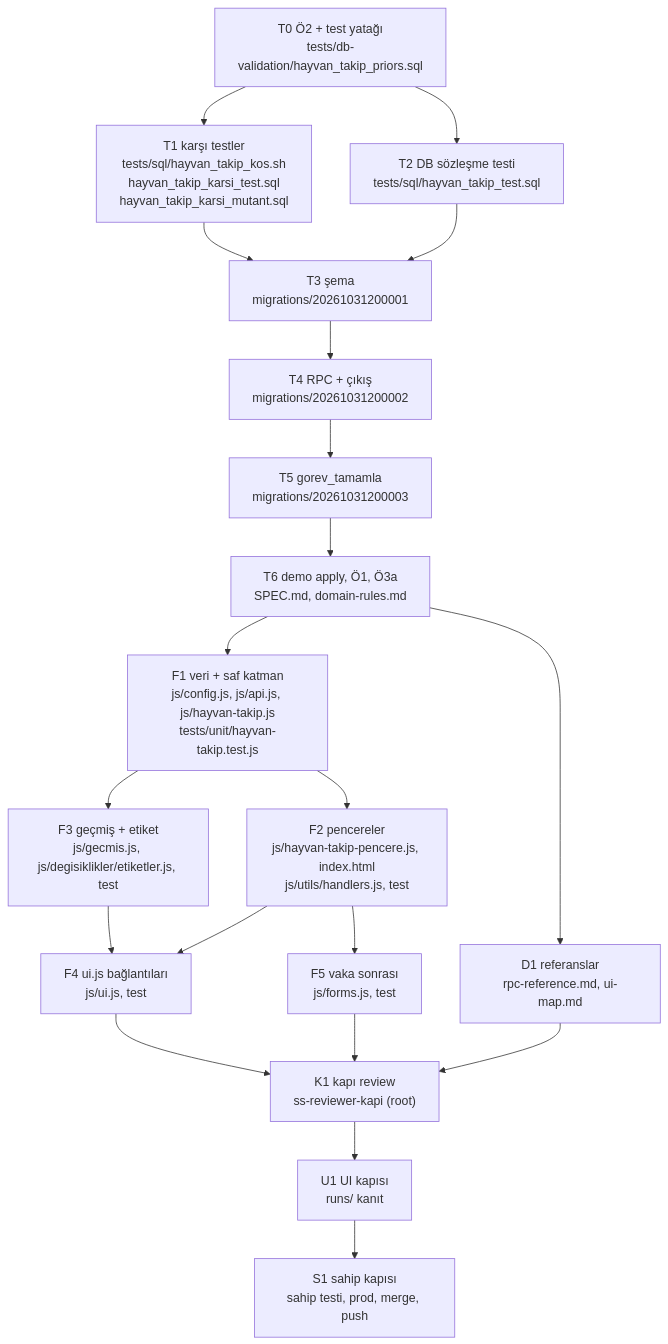
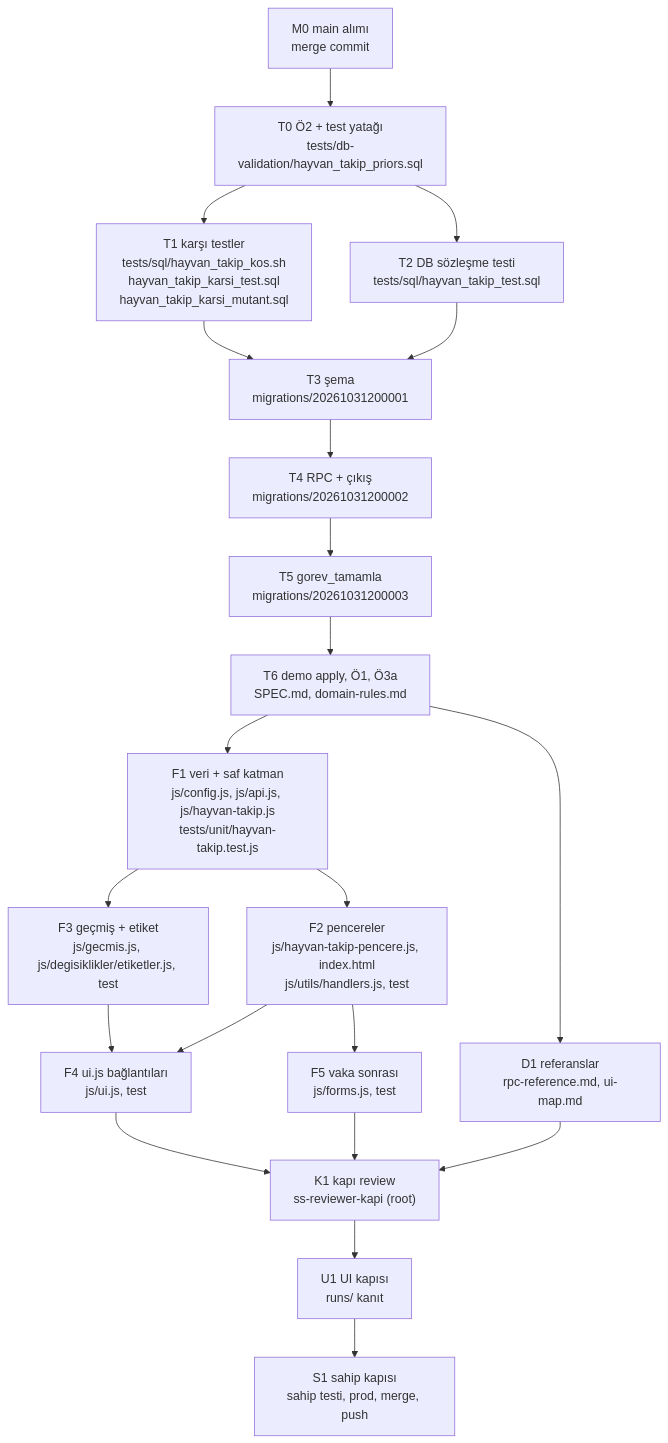
The first of 2 diagrams in docs/plans/2026-10-31-hayvan-takip-PLAN.md (Meliksahtokur/egesut-erp1), drawn with Mermaid before and after one commit. The commit also changed other lines of this file and 1 other file, not shown here.

````diff
--- a/docs/plans/2026-10-31-hayvan-takip-PLAN.md
+++ b/docs/plans/2026-10-31-hayvan-takip-PLAN.md
@@ -73,27 +73,29 @@
 ```mermaid
 flowchart TD
+  M0["M0 main alımı<br/>merge commit"]
   T0["T0 Ö2 + test yatağı<br/>tests/db-validation/hayvan_takip_priors.sql"]
   T1["T1 karşı testler<br/>tests/sql/hayvan_takip_kos.sh<br/>hayvan_takip_karsi_test.sql<br/>hayvan_takip_karsi_mutant.sql"]
   T2["T2 DB sözleşme testi<br/>tests/sql/hayvan_takip_test.sql"]
   T3["T3 şema<br/>migrations/20261031200001"]
   T4["T4 RPC + çıkış<br/>migrations/20261031200002"]
   T5["T5 gorev_tamamla<br/>migrations/20261031200003"]
   T6["T6 demo apply, Ö1, Ö3a<br/>SPEC.md, domain-rules.md"]
   F1["F1 veri + saf katman<br/>js/config.js, js/api.js, js/hayvan-takip.js<br/>tests/unit/hayvan-takip.test.js"]
   F2["F2 pencereler<br/>js/hayvan-takip-pencere.js, index.html<br/>js/utils/handlers.js, test"]
   F3["F3 geçmiş + etiket<br/>js/gecmis.js, js/degisiklikler/etiketler.js, test"]
   F4["F4 ui.js bağlantıları<br/>js/ui.js, test"]
   F5["F5 vaka sonrası<br/>js/forms.js, test"]
   D1["D1 referanslar<br/>rpc-reference.md, ui-map.md"]
   K1["K1 kapı review<br/>ss-reviewer-kapi (root)"]
   U1["U1 UI kapısı<br/>runs/ kanıt"]
   S1["S1 sahip kapısı<br/>sahip testi, prod, merge, push"]
+  M0 --> T0
   T0 --> T1 & T2
   T1 & T2 --> T3 --> T4 --> T5 --> T6 --> F1
   F1 --> F2 & F3
   F3 --> F4
   F2 --> F4
   F2 --> F5
   T6 --> D1
   F4 & F5 & D1 --> K1 --> U1 --> S1
 ```
````
